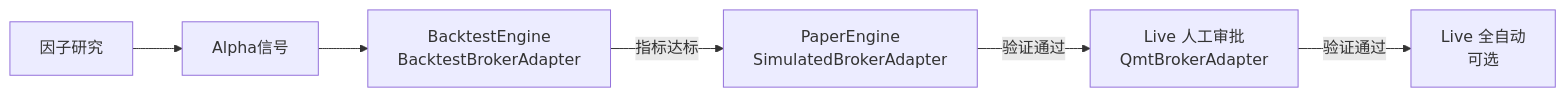
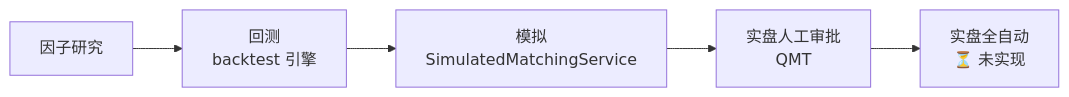
One commit to bitiany/xq-trader changed the eighth of 8 diagrams in docs/trading-system-design.md. Above: the diagram before and after it, drawn with Mermaid. The commit also changed other lines of this file and 8 other files, not shown here.

````diff
--- a/docs/trading-system-design.md
+++ b/docs/trading-system-design.md
@@ -1480,8 +481,7 @@
 ```mermaid
 flowchart LR
-    Research[因子研究] --> Signal[Alpha信号]
-    Signal --> Backtest[BacktestEngine<br/>BacktestBrokerAdapter]
-    Backtest -->|指标达标| Paper[PaperEngine<br/>SimulatedBrokerAdapter]
-    Paper -->|验证通过| LiveManual[Live 人工审批<br/>QmtBrokerAdapter]
-    LiveManual -->|验证通过| LiveAuto[Live 全自动<br/>可选]
+    Research[因子研究] --> Backtest[回测<br/>backtest 引擎]
+    Backtest --> Paper[模拟<br/>SimulatedMatchingService]
+    Paper --> LiveManual[实盘人工审批<br/>QMT]
+    LiveManual --> LiveAuto[实盘全自动<br/>⏳ 未实现]
 ```
````
